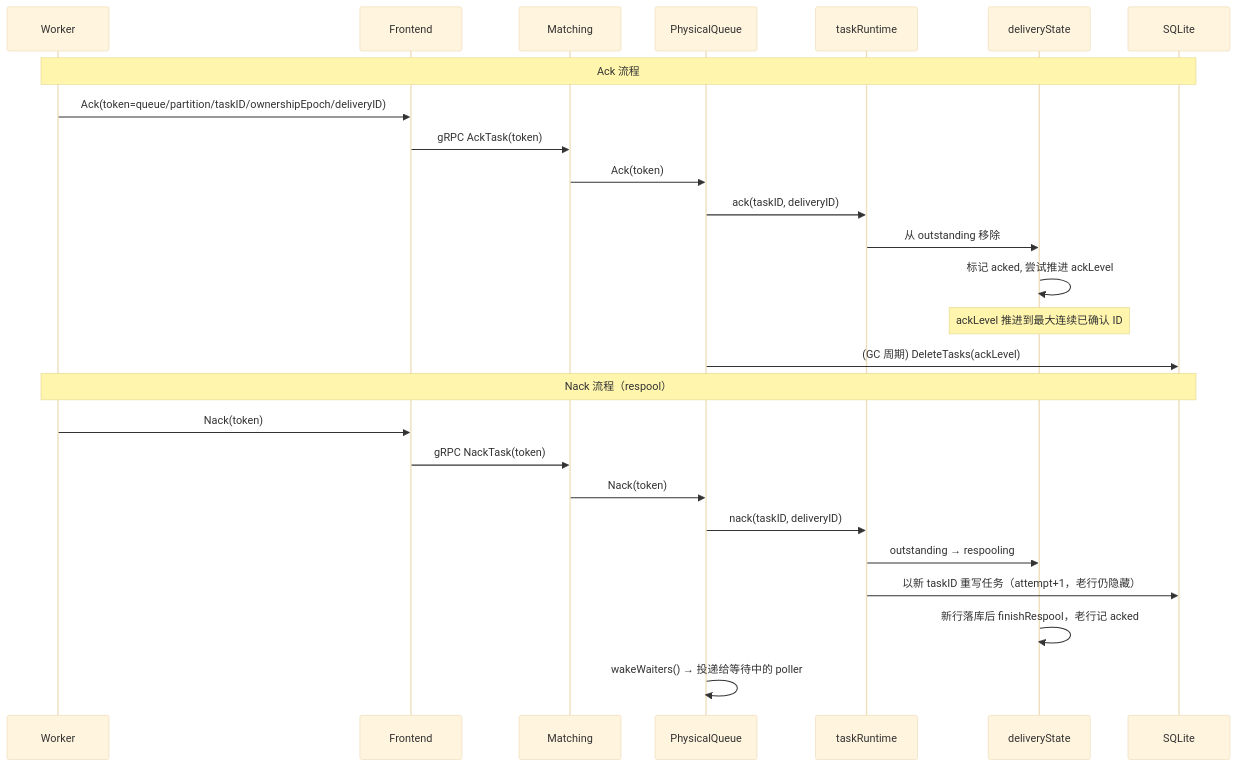
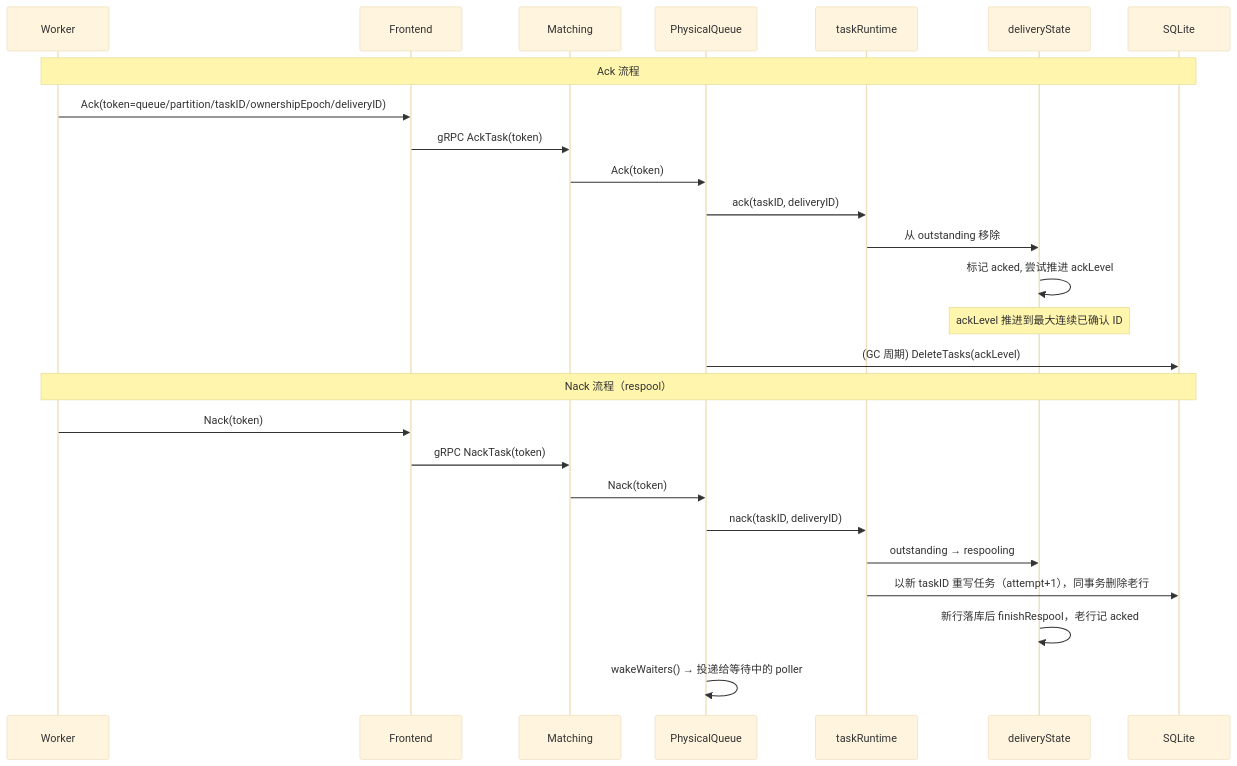
The seventh of 9 diagrams in README.md (donutnomad/taskq), drawn with Mermaid (base theme) before and after one commit. The commit also changed other lines of this file and 12 other files, not shown here.

````diff
--- a/README.md
+++ b/README.md
@@ -312,30 +314,30 @@
 ```mermaid
 sequenceDiagram
     participant W as Worker
     participant F as Frontend
     participant M as Matching
     participant PQ as PhysicalQueue
     participant RT as taskRuntime
     participant DS as deliveryState
     participant DB as SQLite
 
     Note over W,DB: Ack 流程
     W->>F: Ack(token=queue/partition/taskID/ownershipEpoch/deliveryID)
     F->>M: gRPC AckTask(token)
     M->>PQ: Ack(token)
     PQ->>RT: ack(taskID, deliveryID)
     RT->>DS: 从 outstanding 移除
     DS->>DS: 标记 acked, 尝试推进 ackLevel
     Note over DS: ackLevel 推进到最大连续已确认 ID
     PQ->>DB: (GC 周期) DeleteTasks(ackLevel)
 
     Note over W,DB: Nack 流程（respool）
     W->>F: Nack(token)
     F->>M: gRPC NackTask(token)
     M->>PQ: Nack(token)
     PQ->>RT: nack(taskID, deliveryID)
     RT->>DS: outstanding → respooling
-    RT->>DB: 以新 taskID 重写任务（attempt+1，老行仍隐藏）
+    RT->>DB: 以新 taskID 重写任务（attempt+1），同事务删除老行
     DS->>DS: 新行落库后 finishRespool，老行记 acked
     PQ->>PQ: wakeWaiters() → 投递给等待中的 poller
 ```
````
